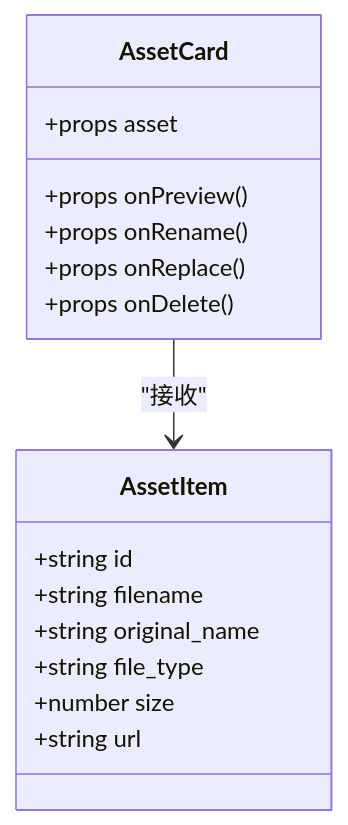
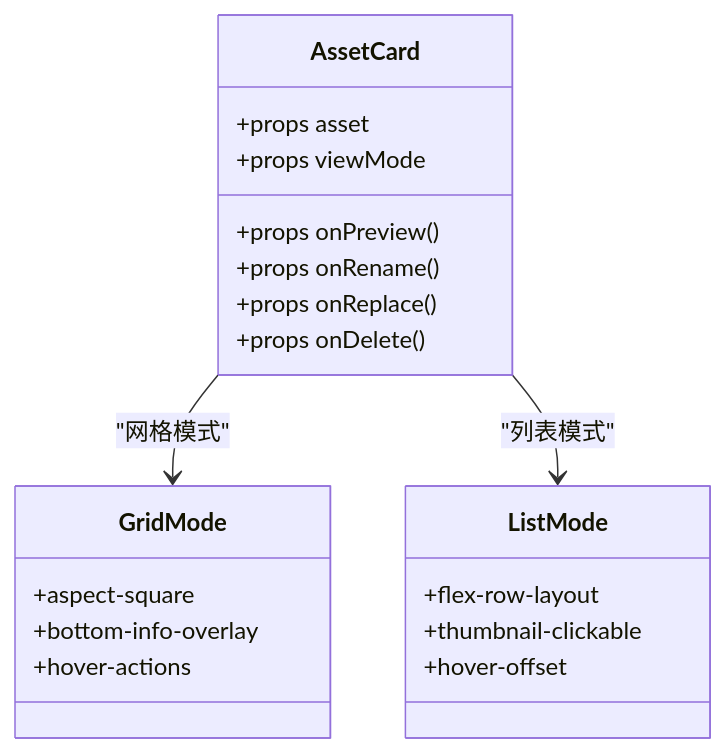
The fourth of 12 diagrams in .qoder/repowiki/zh/content/系统架构/前端架构/组件架构/资源管理组件.md (KunLabAI/KunFlix), drawn with Mermaid before and after one commit. The commit also changed other lines of this file and 88 other files, not shown here.

````diff
--- a/.qoder/repowiki/zh/content/系统架构/前端架构/组件架构/资源管理组件.md
+++ b/.qoder/repowiki/zh/content/系统架构/前端架构/组件架构/资源管理组件.md
@@ -169,19 +239,23 @@
 ```mermaid
 classDiagram
 class AssetCard {
 +props asset
++props viewMode
 +props onPreview()
 +props onRename()
 +props onReplace()
 +props onDelete()
 }
-class AssetItem {
-+string id
-+string filename
-+string original_name
-+string file_type
-+number size
-+string url
+class GridMode {
++aspect-square
++bottom-info-overlay
++hover-actions
 }
-AssetCard --> AssetItem : "接收"
+class ListMode {
++flex-row-layout
++thumbnail-clickable
++hover-offset
+}
+AssetCard --> GridMode : "网格模式"
+AssetCard --> ListMode : "列表模式"
 ```
````
